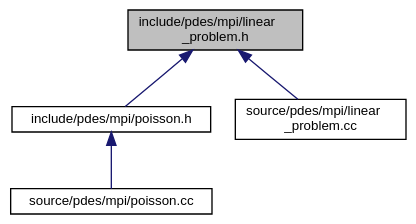
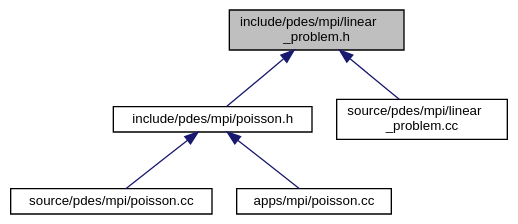
The diagram in linear__problem_8h__dep__incl.dot (luca-heltai/fsi-suite), drawn with Graphviz before and after one commit. The commit also changed 401 other files, not shown here.

```diff
--- a/linear__problem_8h__dep__incl.dot
+++ b/linear__problem_8h__dep__incl.dot
@@ -1,14 +1,16 @@
 digraph "include/pdes/mpi/linear_problem.h"
 {
  // LATEX_PDF_SIZE
   bgcolor="transparent";
   edge [fontname="Helvetica",fontsize="10",labelfontname="Helvetica",labelfontsize="10"];
   node [fontname="Helvetica",fontsize="10",shape=record];
   Node1 [label="include/pdes/mpi/linear\l_problem.h",height=0.2,width=0.4,color="black", fillcolor="grey75", style="filled", fontcolor="black",tooltip=" "];
   Node1 -> Node2 [dir="back",color="midnightblue",fontsize="10",style="solid",fontname="Helvetica"];
   Node2 [label="include/pdes/mpi/poisson.h",height=0.2,width=0.4,color="black",URL="$mpi_2poisson_8h.html",tooltip=" "];
   Node2 -> Node3 [dir="back",color="midnightblue",fontsize="10",style="solid",fontname="Helvetica"];
   Node3 [label="source/pdes/mpi/poisson.cc",height=0.2,width=0.4,color="black",URL="$source_2pdes_2mpi_2poisson_8cc.html",tooltip=" "];
-  Node1 -> Node4 [dir="back",color="midnightblue",fontsize="10",style="solid",fontname="Helvetica"];
-  Node4 [label="source/pdes/mpi/linear\l_problem.cc",height=0.2,width=0.4,color="black",URL="$linear__problem_8cc.html",tooltip=" "];
+  Node2 -> Node4 [dir="back",color="midnightblue",fontsize="10",style="solid",fontname="Helvetica"];
+  Node4 [label="apps/mpi/poisson.cc",height=0.2,width=0.4,color="black",URL="$apps_2mpi_2poisson_8cc.html",tooltip=" "];
+  Node1 -> Node5 [dir="back",color="midnightblue",fontsize="10",style="solid",fontname="Helvetica"];
+  Node5 [label="source/pdes/mpi/linear\l_problem.cc",height=0.2,width=0.4,color="black",URL="$linear__problem_8cc.html",tooltip=" "];
 }
```
